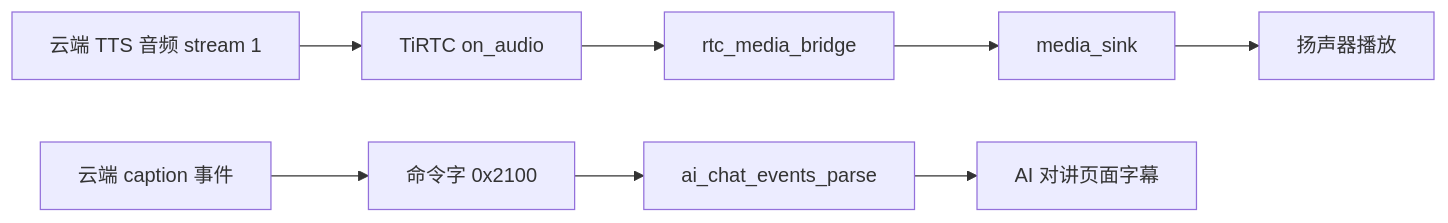
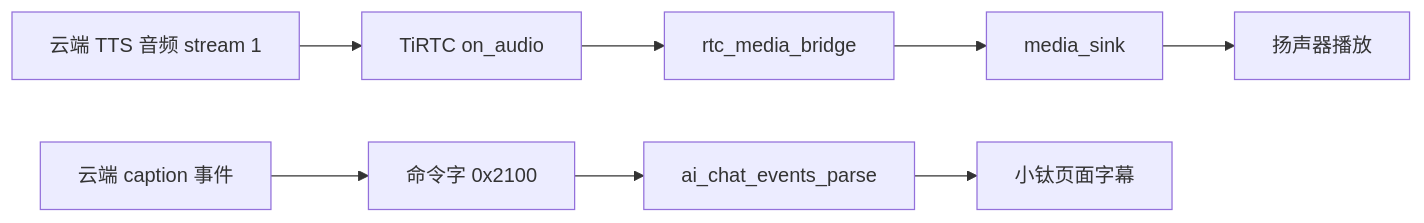
One commit to tangeai/tirtc-device-example changed the fourth of 4 diagrams in complete-applications/esp32-s3/device-monitor/docs/ai_chat/README_CN.md. Above: the diagram before and after it, drawn with Mermaid. The commit also changed other lines of this file and 357 other files, not shown here.

````diff
--- a/complete-applications/esp32-s3/device-monitor/docs/ai_chat/README_CN.md
+++ b/complete-applications/esp32-s3/device-monitor/docs/ai_chat/README_CN.md
@@ -98,11 +100,11 @@
 ```mermaid
 flowchart LR
     Cloud["云端 TTS 音频 stream 1"] --> RTC["TiRTC on_audio"]
     RTC --> Bridge["rtc_media_bridge"]
     Bridge --> Sink["media_sink"]
     Sink --> Speaker["扬声器播放"]
 
     Cloud2["云端 caption 事件"] --> Cmd["命令字 0x2100"]
     Cmd --> Parser["ai_chat_events_parse"]
-    Parser --> UI["AI 对讲页面字幕"]
+    Parser --> UI["小钛页面字幕"]
 ```
````
